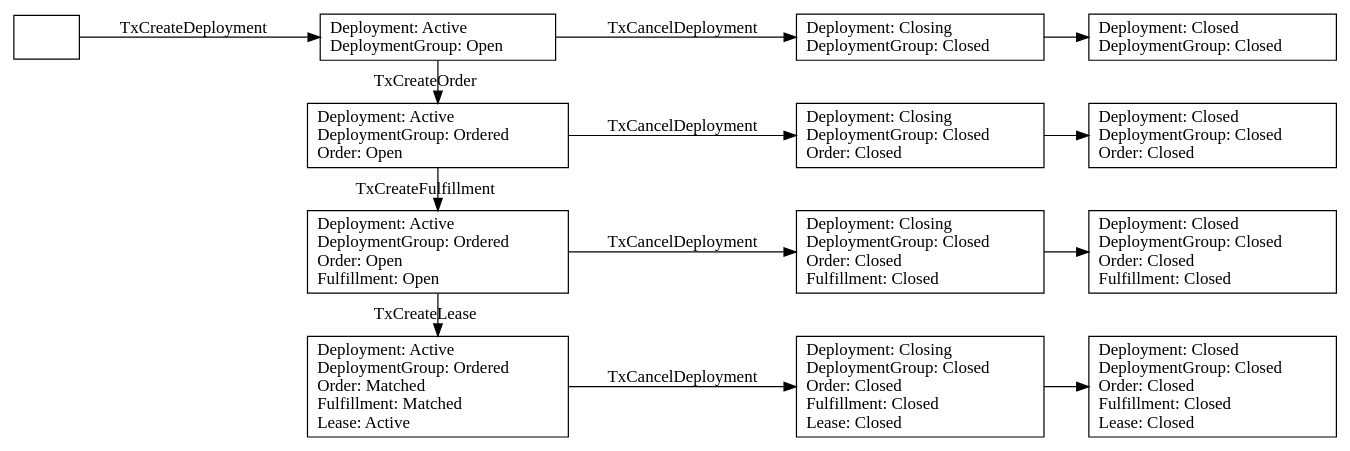
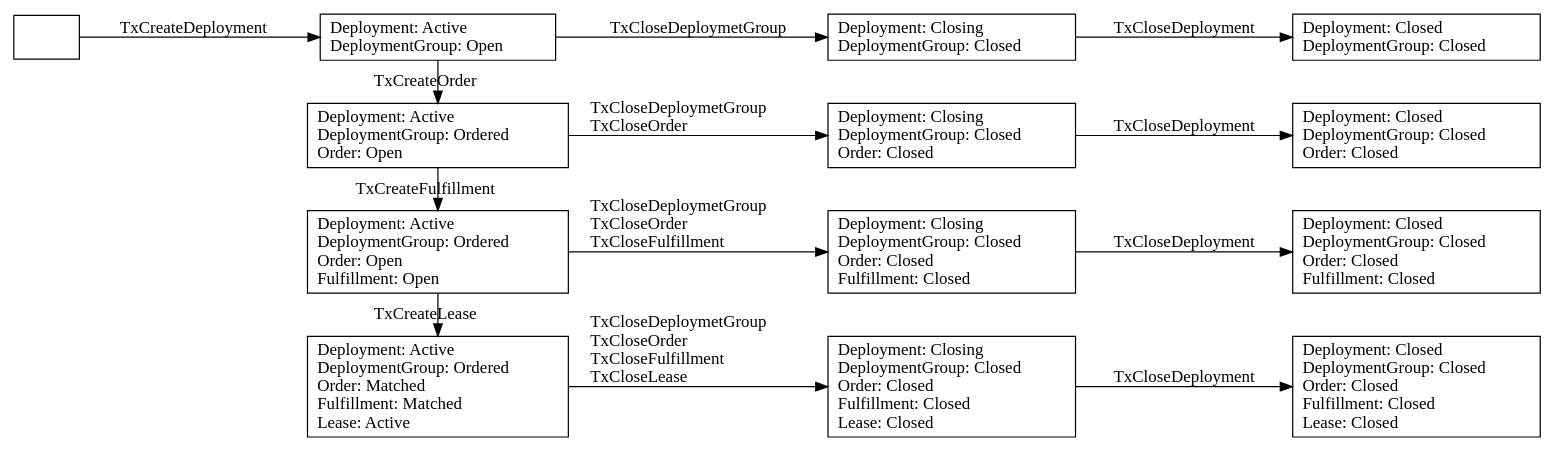
One commit to akash-network/node changed the diagram in _docs/dot/tenant-cancel.dot. Above: the diagram before and after it, drawn with Graphviz. The commit also changed 1 other file, not shown here.

Commit message:
transaction per object cancel

```diff
--- a/_docs/dot/tenant-cancel.dot
+++ b/_docs/dot/tenant-cancel.dot
@@ -1,40 +1,40 @@
 digraph marketplace {
 
   rankdir=LR;
 
   "0"     [shape=box label=""];
 
   "1"     [shape=box labeljust="1" label="Deployment: Active\lDeploymentGroup: Open\l"];
   "2"     [shape=box labeljust="1" label="Deployment: Active\lDeploymentGroup: Ordered\lOrder: Open\l"];
   "3"     [shape=box labeljust="1" label="Deployment: Active\lDeploymentGroup: Ordered\lOrder: Open\lFulfillment: Open\l"];
   "4"     [shape=box labeljust="1" label="Deployment: Active\lDeploymentGroup: Ordered\lOrder: Matched\lFulfillment: Matched\lLease: Active\l"];
 
   "5"     [shape=box label="Deployment: Closing\lDeploymentGroup: Closed\l"];
   "6"     [shape=box label="Deployment: Closing\lDeploymentGroup: Closed\lOrder: Closed\l"];
   "7"     [shape=box label="Deployment: Closing\lDeploymentGroup: Closed\lOrder: Closed\lFulfillment: Closed\l"];
   "8"     [shape=box label="Deployment: Closing\lDeploymentGroup: Closed\lOrder: Closed\lFulfillment: Closed\lLease: Closed\l"];
 
   "9"     [shape=box label="Deployment: Closed\lDeploymentGroup: Closed\l"];
   "10"    [shape=box label="Deployment: Closed\lDeploymentGroup: Closed\lOrder: Closed\l"];
   "11"    [shape=box label="Deployment: Closed\lDeploymentGroup: Closed\lOrder: Closed\lFulfillment: Closed\l"];
   "12"    [shape=box label="Deployment: Closed\lDeploymentGroup: Closed\lOrder: Closed\lFulfillment: Closed\lLease: Closed\l"];
 
   "0" -> "1"           [label="TxCreateDeployment"];
   "1" -> "2"           [label="TxCreateOrder"];
   "2" -> "3"           [label="TxCreateFulfillment"];
   "3" -> "4"           [label="TxCreateLease"];
 
-  "1" -> "5"           [label="TxCancelDeployment"];
-  "2" -> "6"           [label="TxCancelDeployment"];
-  "3" -> "7"           [label="TxCancelDeployment"];
-  "4" -> "8"           [label="TxCancelDeployment"];
+  "1" -> "5"           [label="TxCloseDeploymetGroup"];
+  "2" -> "6"           [label="TxCloseDeploymetGroup\lTxCloseOrder\l"];
+  "3" -> "7"           [label="TxCloseDeploymetGroup\lTxCloseOrder\lTxCloseFulfillment\l"];
+  "4" -> "8"           [label="TxCloseDeploymetGroup\lTxCloseOrder\lTxCloseFulfillment\lTxCloseLease\l"];
 
-  "5" -> "9"           [label=""];
-  "6" -> "10"          [label=""];
-  "7" -> "11"          [label=""];
-  "8" -> "12"          [label=""];
+  "5" -> "9"           [label="TxCloseDeployment"];
+  "6" -> "10"          [label="TxCloseDeployment"];
+  "7" -> "11"          [label="TxCloseDeployment"];
+  "8" -> "12"          [label="TxCloseDeployment"];
 
   { rank=same "1", "2", "3", "4" }
   { rank=same "5", "6", "7", "8" }
   { rank=same "9", "10", "11", "12" }
 }
```
